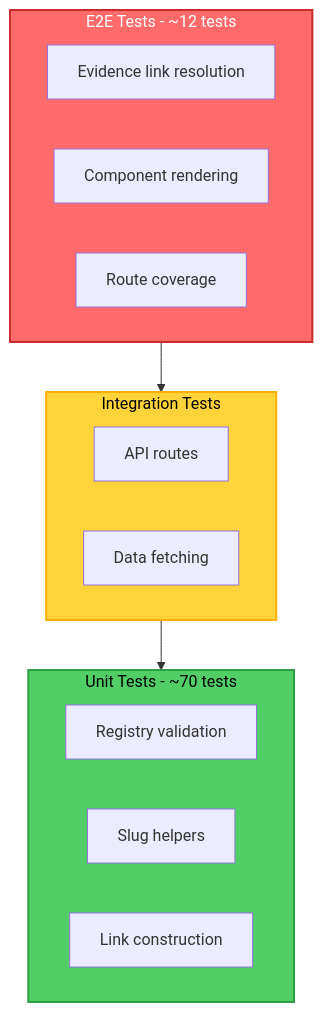
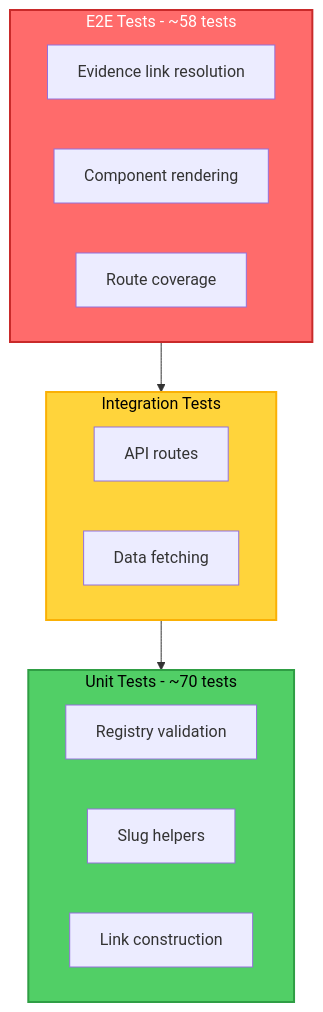
Diagram 15 of 25 in docs/70-reference/mermaid-diagram-style-guide.md (bryce-seefieldt/portfolio-docs), drawn with Mermaid before and after one commit. The commit also changed other lines of this file and 9 other files, not shown here.

````diff
--- a/docs/70-reference/mermaid-diagram-style-guide.md
+++ b/docs/70-reference/mermaid-diagram-style-guide.md
@@ -648,26 +648,26 @@
 ```mermaid
 graph TB
-    subgraph E2E["E2E Tests - ~12 tests"]
+    subgraph E2E["E2E Tests - ~58 tests"]
         E1["Evidence link resolution"]
         E2["Component rendering"]
         E3["Route coverage"]
     end
 
     subgraph INT["Integration Tests"]
         I1["API routes"]
         I2["Data fetching"]
     end
 
     subgraph UNIT["Unit Tests - ~70 tests"]
         U1["Registry validation"]
         U2["Slug helpers"]
         U3["Link construction"]
     end
 
     E2E --> INT
     INT --> UNIT
 
     style E2E fill:#ff6b6b,stroke:#c92a2a,stroke-width:2px,color:#fff
     style INT fill:#ffd43b,stroke:#fab005,stroke-width:2px,color:#000
     style UNIT fill:#51cf66,stroke:#2f9e44,stroke-width:2px,color:#000
 ```
````
